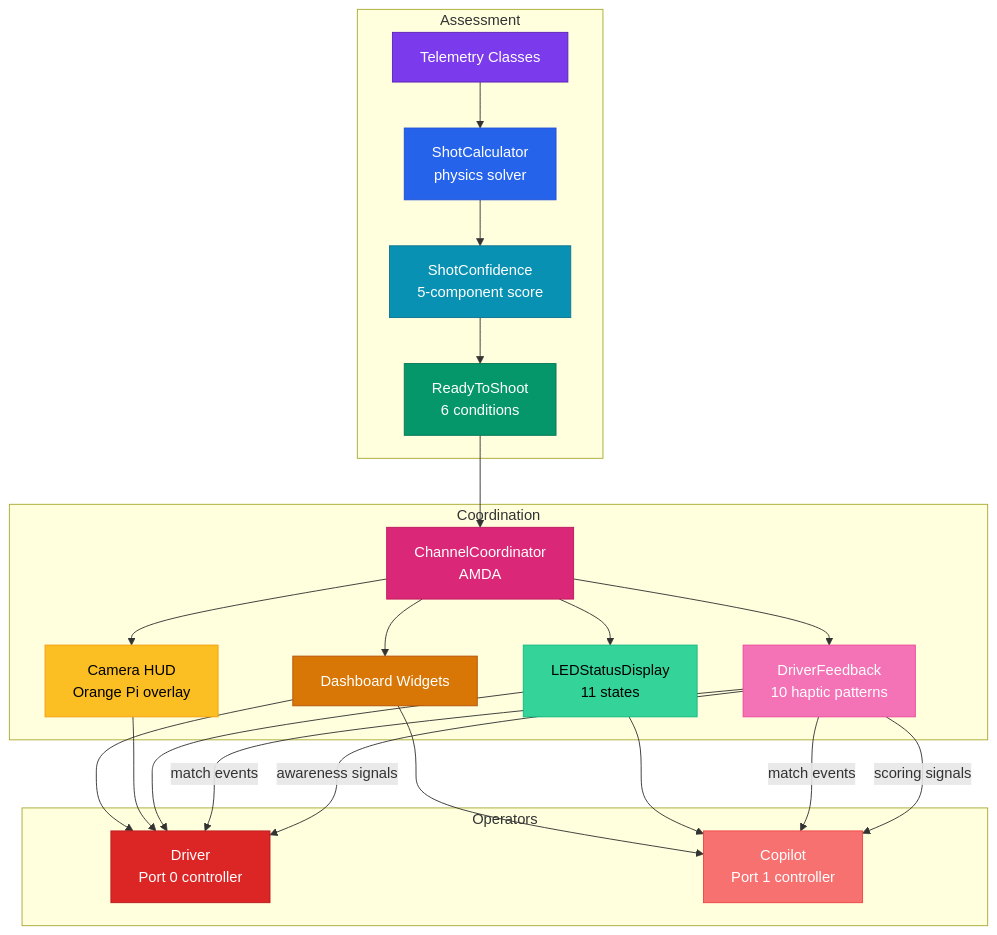
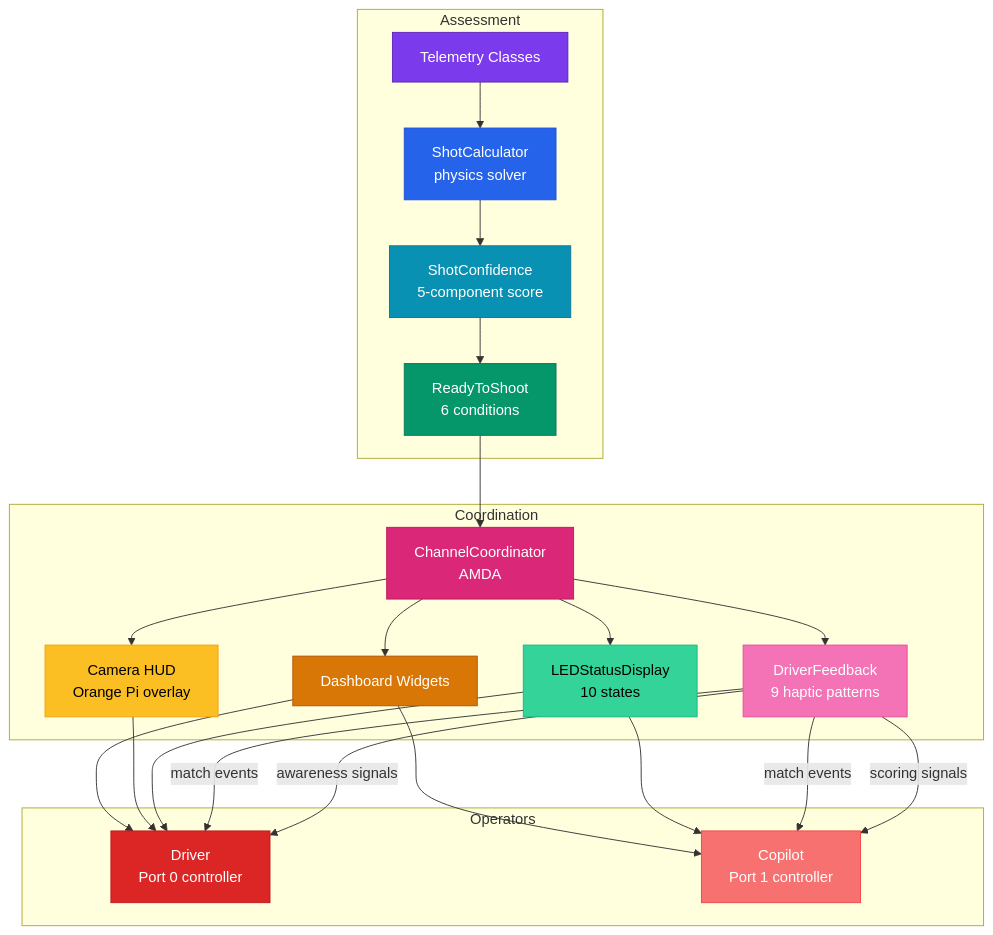
One commit to eeveemara/frc5962-2026-docs changed the second of 3 diagrams in docs/architecture/system-overview.md. Above: the diagram before and after it, drawn with Mermaid. The commit also changed 12 other files, not shown here.

Commit message:
Update docs to match latest LED/haptic/JamProtection code changes

````diff
--- a/docs/architecture/system-overview.md
+++ b/docs/architecture/system-overview.md
@@ -64,44 +64,44 @@
 ```mermaid
 flowchart TB
     subgraph Assessment
         TEL[Telemetry Classes]
         SC[ShotCalculator<br/>physics solver]
         CONF[ShotConfidence<br/>5-component score]
         RTS[ReadyToShoot<br/>6 conditions]
     end
 
     subgraph Coordination
         CC[ChannelCoordinator<br/>AMDA]
-        DF[DriverFeedback<br/>10 haptic patterns]
-        LED[LEDStatusDisplay<br/>11 states]
+        DF[DriverFeedback<br/>9 haptic patterns]
+        LED[LEDStatusDisplay<br/>10 states]
         HUD[Camera HUD<br/>Orange Pi overlay]
         DASH[Dashboard Widgets]
     end
 
     subgraph Operators
         DRIVER[Driver<br/>Port 0 controller]
         COPILOT[Copilot<br/>Port 1 controller]
     end
 
     TEL --> SC --> CONF --> RTS
     RTS --> CC
     CC --> DF & LED & HUD & DASH
     DF -->|awareness signals| DRIVER
     DF -->|scoring signals| COPILOT
     DF -->|match events| DRIVER & COPILOT
     LED --> DRIVER & COPILOT
     HUD --> DRIVER
     DASH --> DRIVER & COPILOT
 
     style TEL fill:#7c3aed,stroke:#5b21b6,color:#fff
     style SC fill:#2563eb,stroke:#1d4ed8,color:#fff
     style CONF fill:#0891b2,stroke:#0e7490,color:#fff
     style RTS fill:#059669,stroke:#047857,color:#fff
     style CC fill:#db2777,stroke:#be185d,color:#fff
     style DF fill:#f472b6,stroke:#ec4899,color:#fff
     style LED fill:#34d399,stroke:#10b981,color:#000
     style HUD fill:#fbbf24,stroke:#f59e0b,color:#000
     style DASH fill:#d97706,stroke:#b45309,color:#fff
     style DRIVER fill:#dc2626,stroke:#b91c1c,color:#fff
     style COPILOT fill:#f87171,stroke:#ef4444,color:#fff
 ```
````
